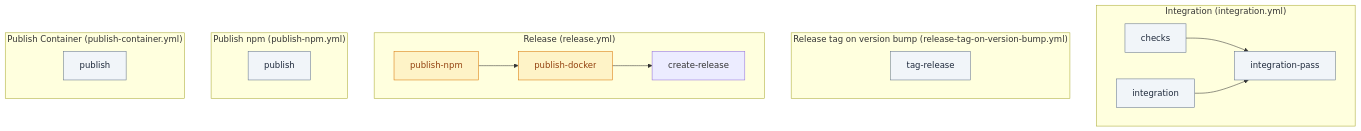
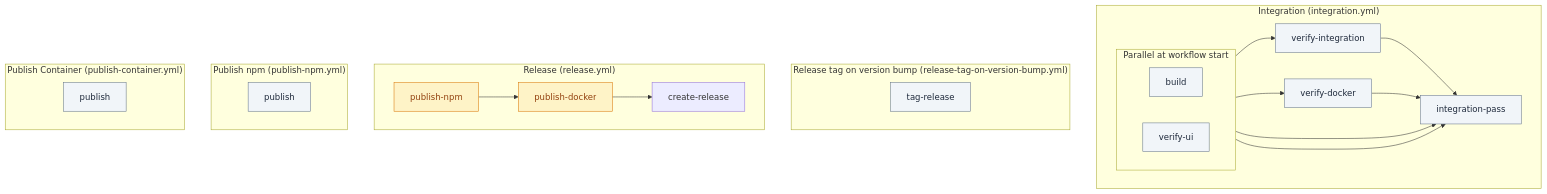
The second of 3 diagrams in .github/workflows/README.md (debian777/kairos-mcp), drawn with Mermaid before and after one commit. The commit also changed other lines of this file and 1 other file, not shown here.

Commit message:
ci(integration): split build vs verify; infra before tgz download
- build: npm pack only, upload npm-package artifact (no Docker infra)
- verify-ui: parallel with build (static + UI tests)
- verify-integration: needs build; compose up + npm ci before artifact download
- verify-docker: needs build; parallel with verify-integration (image + Trivy)
- integration-pass: gates build, verify-ui, verify-integration, verify-docker
- Document job graph and caching in workflows README

````diff
--- a/.github/workflows/README.md
+++ b/.github/workflows/README.md
@@ -57,34 +57,43 @@
 ```mermaid
 flowchart TB
   subgraph INT_WF["Integration (integration.yml)"]
-    J_CHK[checks]
-    J_INT[integration]
+    subgraph parallel_with_build [Parallel at workflow start]
+      direction LR
+      J_BLD[build]
+      J_UI[verify-ui]
+    end
+    J_INT[verify-integration]
+    J_DKR[verify-docker]
     J_PASS[integration-pass]
-    J_CHK --> J_PASS
+    J_BLD --> J_INT
+    J_BLD --> J_DKR
+    J_BLD --> J_PASS
+    J_UI --> J_PASS
     J_INT --> J_PASS
+    J_DKR --> J_PASS
   end
 
   subgraph RTAG_WF["Release tag on version bump (release-tag-on-version-bump.yml)"]
     J_TAG[tag-release]
   end
 
   subgraph REL_WF["Release (release.yml)"]
     J_NPM[publish-npm]
     J_DOCKER[publish-docker]
     J_REL[create-release]
     J_NPM --> J_DOCKER --> J_REL
   end
 
   subgraph PNPM_WF["Publish npm (publish-npm.yml)"]
     J_PNPM[publish]
   end
 
   subgraph PCONT_WF["Publish Container (publish-container.yml)"]
     J_PCONT[publish]
   end
 
   classDef jobDefault fill:#f1f5f9,stroke:#64748b,color:#1e293b
   classDef jobNeeds fill:#fef3c7,stroke:#d97706,color:#92400e
-  class J_CHK,J_INT,J_PASS,J_TAG,J_PNPM,J_PCONT jobDefault
+  class J_BLD,J_UI,J_INT,J_DKR,J_PASS,J_TAG,J_PNPM,J_PCONT jobDefault
   class J_NPM,J_DOCKER jobNeeds
 ```
````
